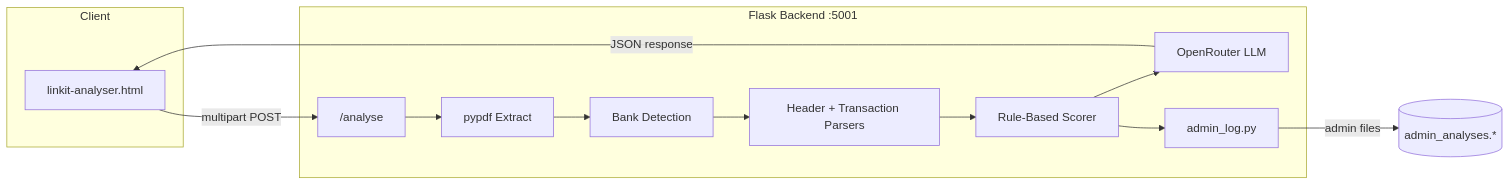
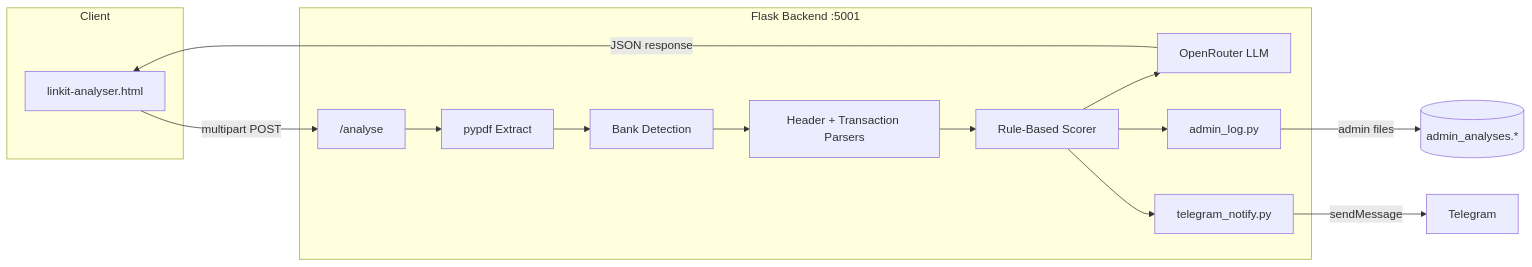
One commit to westernmonkey/Bank-Statement-analyser-MVP changed the diagram in README.md. Above: the diagram before and after it, drawn with Mermaid. The commit also changed other lines of this file and 4 other files, not shown here.

````diff
--- a/README.md
+++ b/README.md
@@ -77,23 +78,26 @@
 ```mermaid
 flowchart LR
     subgraph Client
         UI[linkit-analyser.html]
     end
 
     subgraph Backend["Flask Backend :5001"]
         API["/analyse"]
         PDF[pypdf Extract]
         DET[Bank Detection]
         PAR[Header + Transaction Parsers]
         SCR[Rule-Based Scorer]
         LLM[OpenRouter LLM]
         ADM[admin_log.py]
+        TG[telegram_notify.py]
     end
 
     UI -->|multipart POST| API
     API --> PDF --> DET --> PAR --> SCR
     SCR --> LLM
     SCR --> ADM
+    SCR --> TG
     LLM -->|JSON response| UI
     ADM -->|admin files| LOG[(admin_analyses.*)]
+    TG -->|sendMessage| BOT[Telegram]
 ```
````
